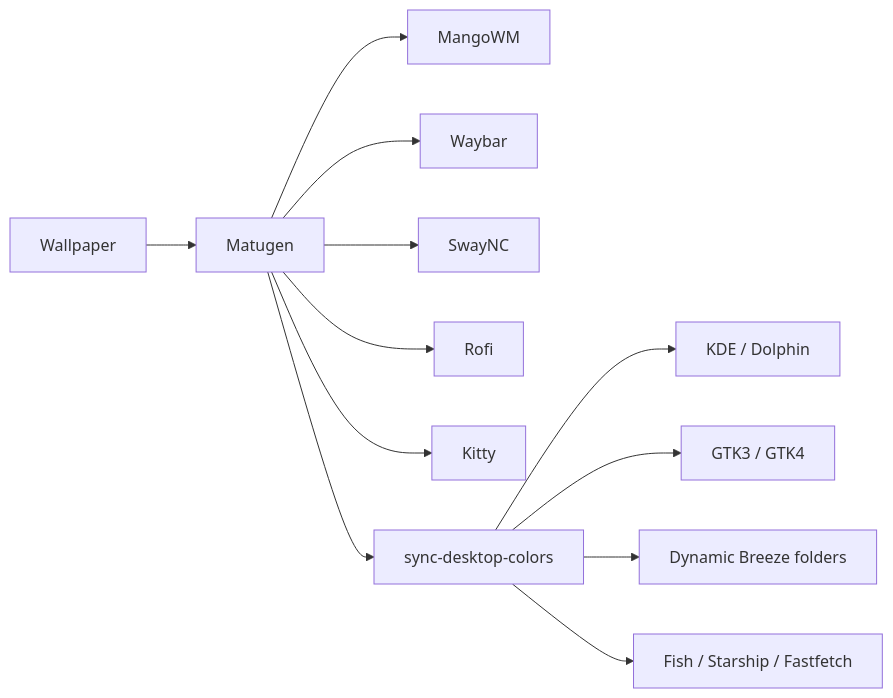
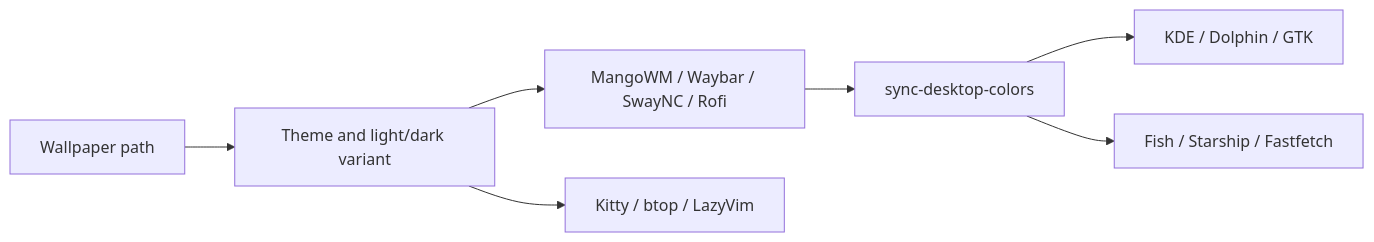
The diagram in README.md (alertxsto/mangowm-dotfiles), drawn with Mermaid before and after one commit. The commit also changed other lines of this file and 73 other files, not shown here.

````diff
--- a/README.md
+++ b/README.md
@@ -166,14 +173,9 @@
 ```mermaid
 flowchart LR
-    W[Wallpaper] --> M[Matugen]
-    M --> A[MangoWM]
-    M --> B[Waybar]
-    M --> C[SwayNC]
-    M --> D[Rofi]
-    M --> E[Kitty]
-    M --> S[sync-desktop-colors]
-    S --> K[KDE / Dolphin]
-    S --> G[GTK3 / GTK4]
-    S --> I[Dynamic Breeze folders]
+    W[Wallpaper path] --> P[Theme and light/dark variant]
+    P --> A[MangoWM / Waybar / SwayNC / Rofi]
+    P --> T[Kitty / btop / LazyVim]
+    A --> S[sync-desktop-colors]
+    S --> K[KDE / Dolphin / GTK]
     S --> F[Fish / Starship / Fastfetch]
 ```
````
